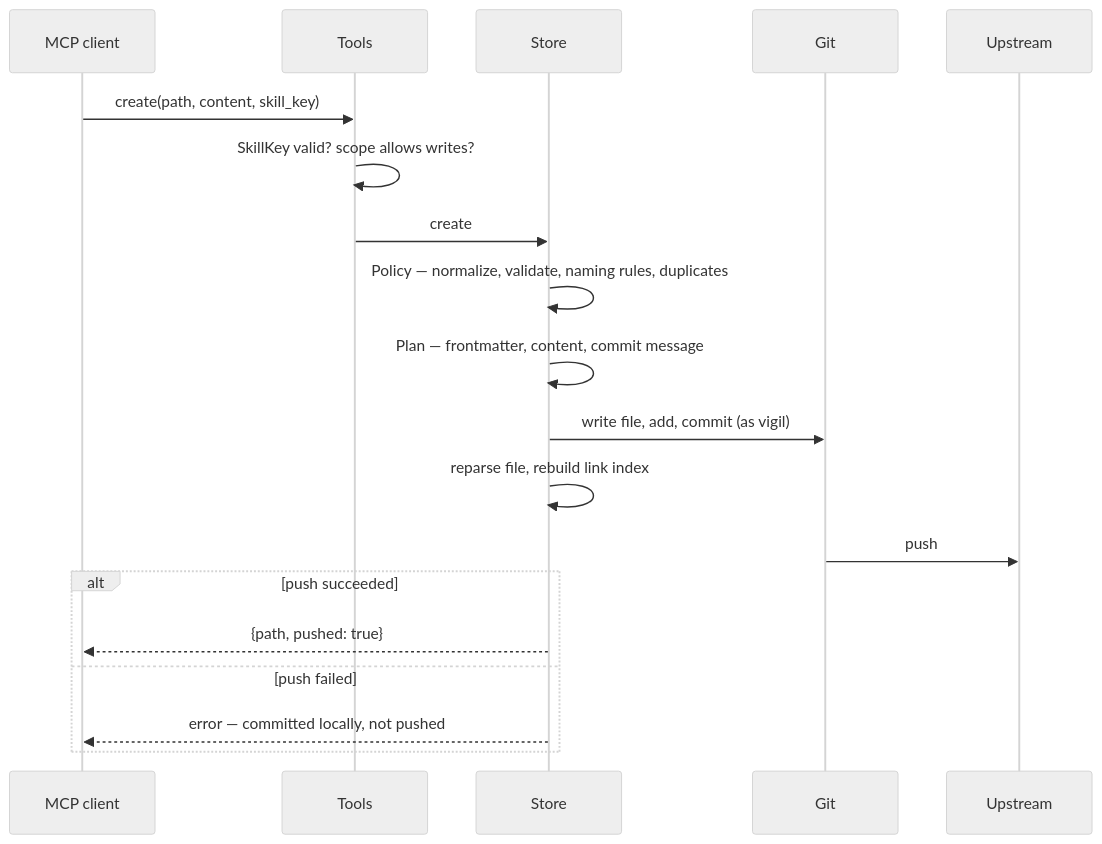
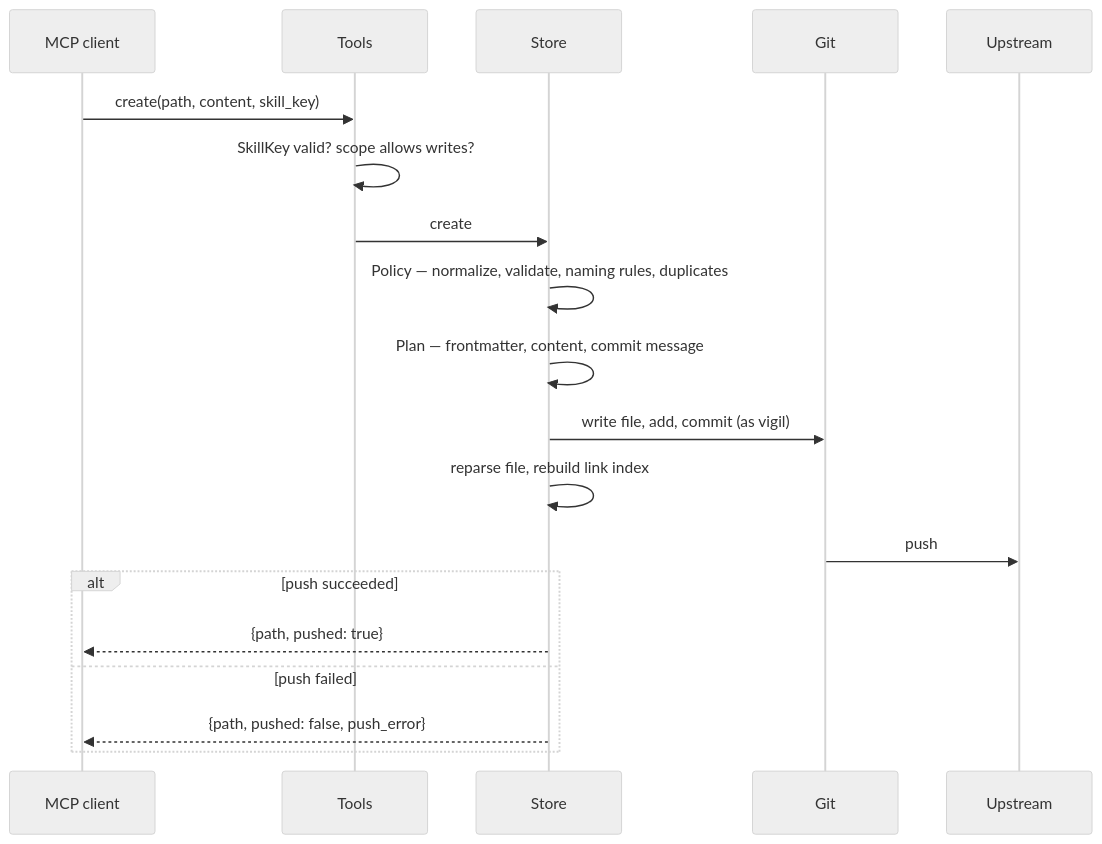
One commit to 64x-lunicorn/vigil changed the third of 6 diagrams in docs/guide.md. Above: the diagram before and after it, drawn with Mermaid (neutral theme). The commit also changed other lines of this file and 128 other files, not shown here.

````diff
--- a/docs/guide.md
+++ b/docs/guide.md
@@ -104,22 +108,22 @@
 ```mermaid
 sequenceDiagram
     participant Cl as MCP client
     participant T as Tools
     participant St as Store
     participant Git
     participant Up as Upstream
 
     Cl->>T: create(path, content, skill_key)
     T->>T: SkillKey valid? scope allows writes?
     T->>St: create
     St->>St: Policy — normalize, validate, naming rules, duplicates
     St->>St: Plan — frontmatter, content, commit message
     St->>Git: write file, add, commit (as vigil)
     St->>St: reparse file, rebuild link index
     Git->>Up: push
     alt push succeeded
         St-->>Cl: {path, pushed: true}
     else push failed
-        St-->>Cl: error — committed locally, not pushed
+        St-->>Cl: {path, pushed: false, push_error}
     end
 ```
````
